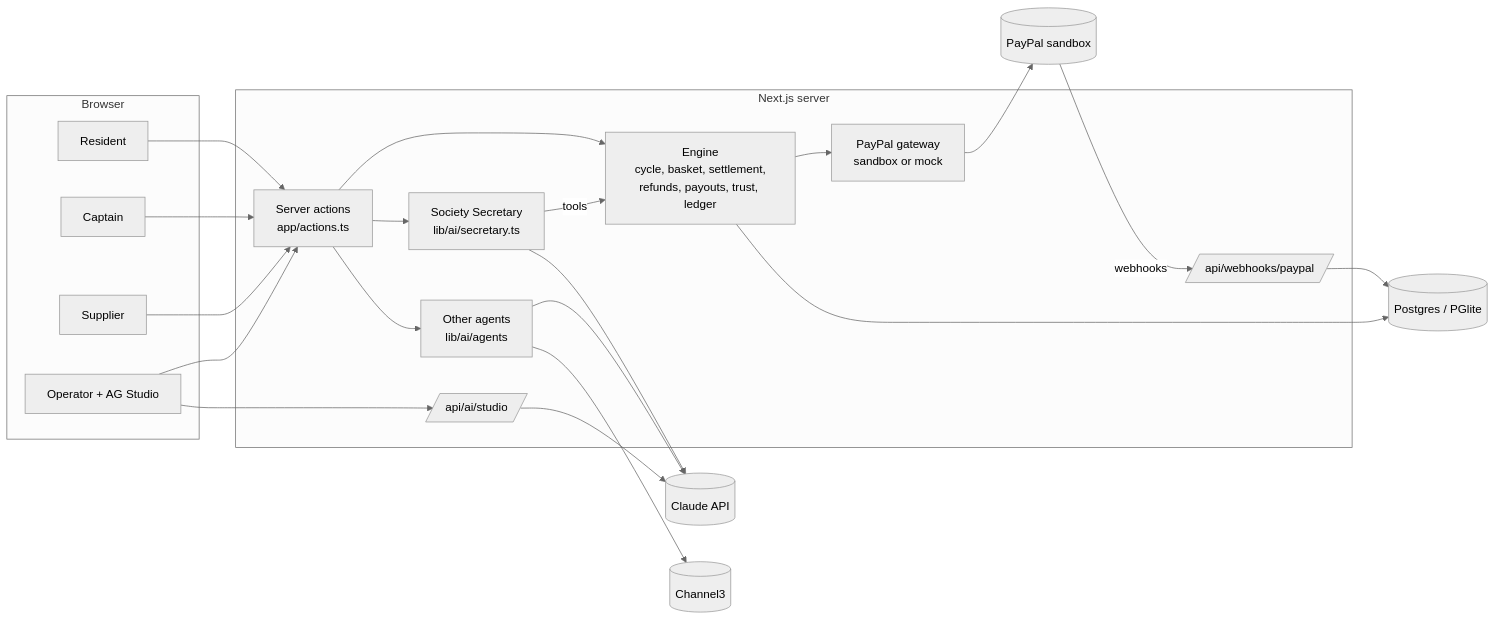
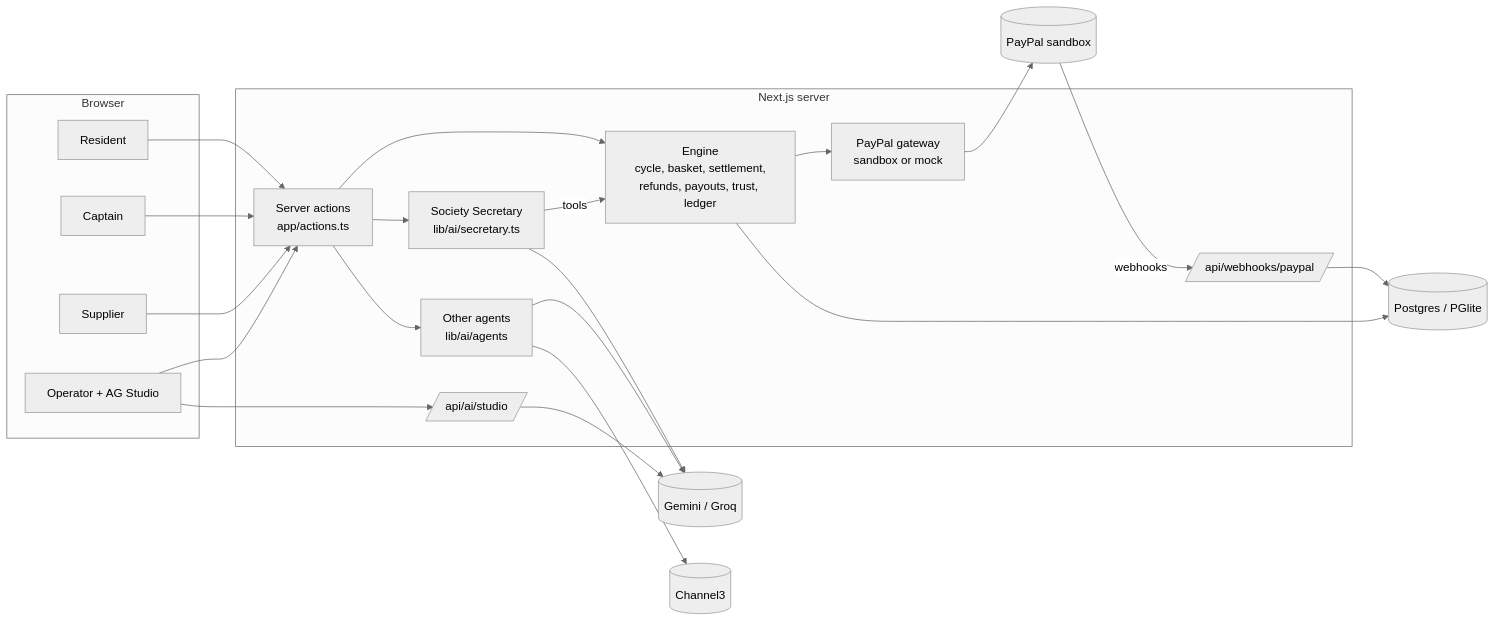
One commit to AnshumSingla/Paypal-AI changed the first of 4 diagrams in docs/02-ARCHITECTURE.md. Above: the diagram before and after it, drawn with Mermaid (neutral theme). The commit also changed other lines of this file and 6 other files, not shown here.

First line of the commit message:
Docs and Render config: Gemini and Groq instead of Claude

````diff
--- a/docs/02-ARCHITECTURE.md
+++ b/docs/02-ARCHITECTURE.md
@@ -28,32 +28,32 @@
 ```mermaid
 flowchart LR
   subgraph Browser
     R[Resident]
     C[Captain]
     S[Supplier]
     O[Operator + AG Studio]
   end
   subgraph Server["Next.js server"]
     ACT[Server actions<br/>app/actions.ts]
     SEC[Society Secretary<br/>lib/ai/secretary.ts]
     AG[Other agents<br/>lib/ai/agents]
     ENG[Engine<br/>cycle, basket, settlement,<br/>refunds, payouts, trust, ledger]
     GW[PayPal gateway<br/>sandbox or mock]
     WH[/api/webhooks/paypal/]
     ST[/api/ai/studio/]
   end
   DB[(Postgres / PGlite)]
-  CL[(Claude API)]
+  CL[(Gemini / Groq)]
   PP[(PayPal sandbox)]
   CH[(Channel3)]
 
   R & C & S & O --> ACT
   O --> ST --> CL
   ACT --> ENG & SEC & AG
   SEC -- tools --> ENG
   SEC & AG --> CL
   AG --> CH
   ENG --> GW --> PP
   ENG --> DB
   PP -- webhooks --> WH --> DB
 ```
````
